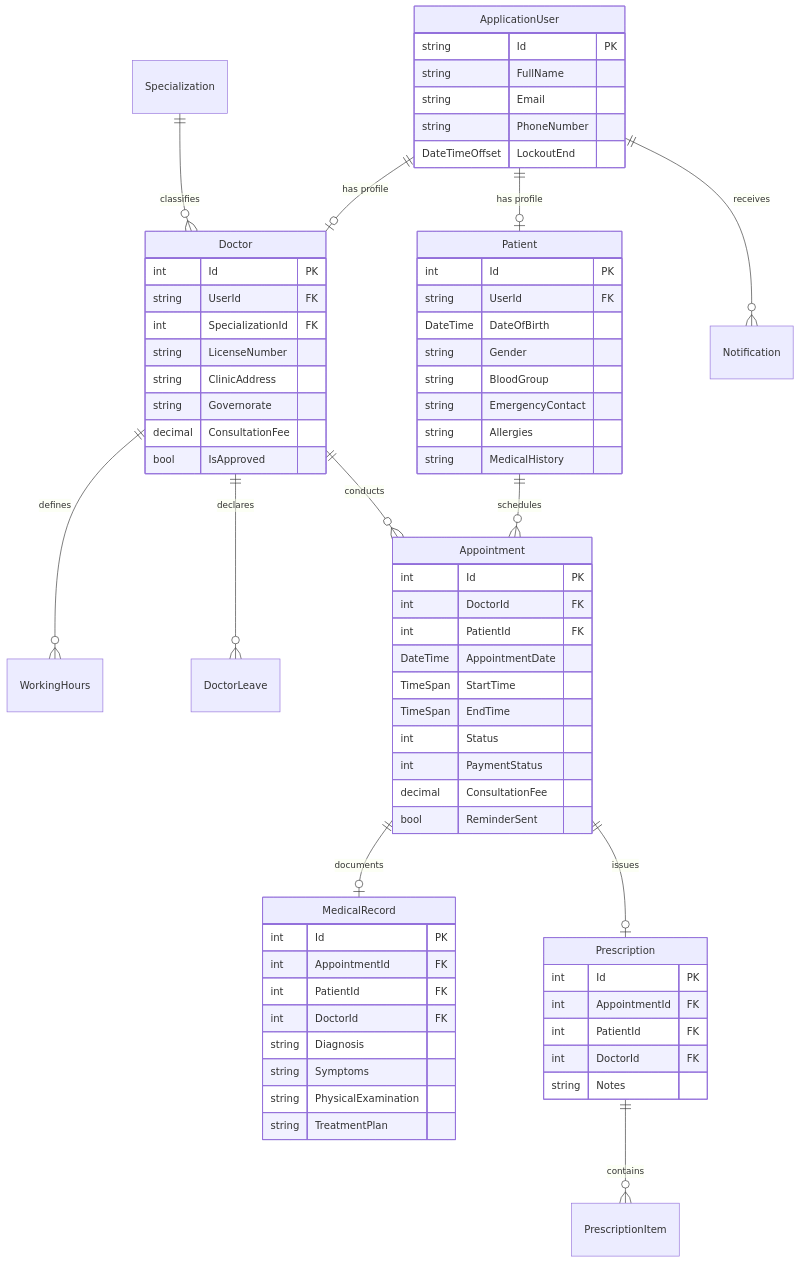
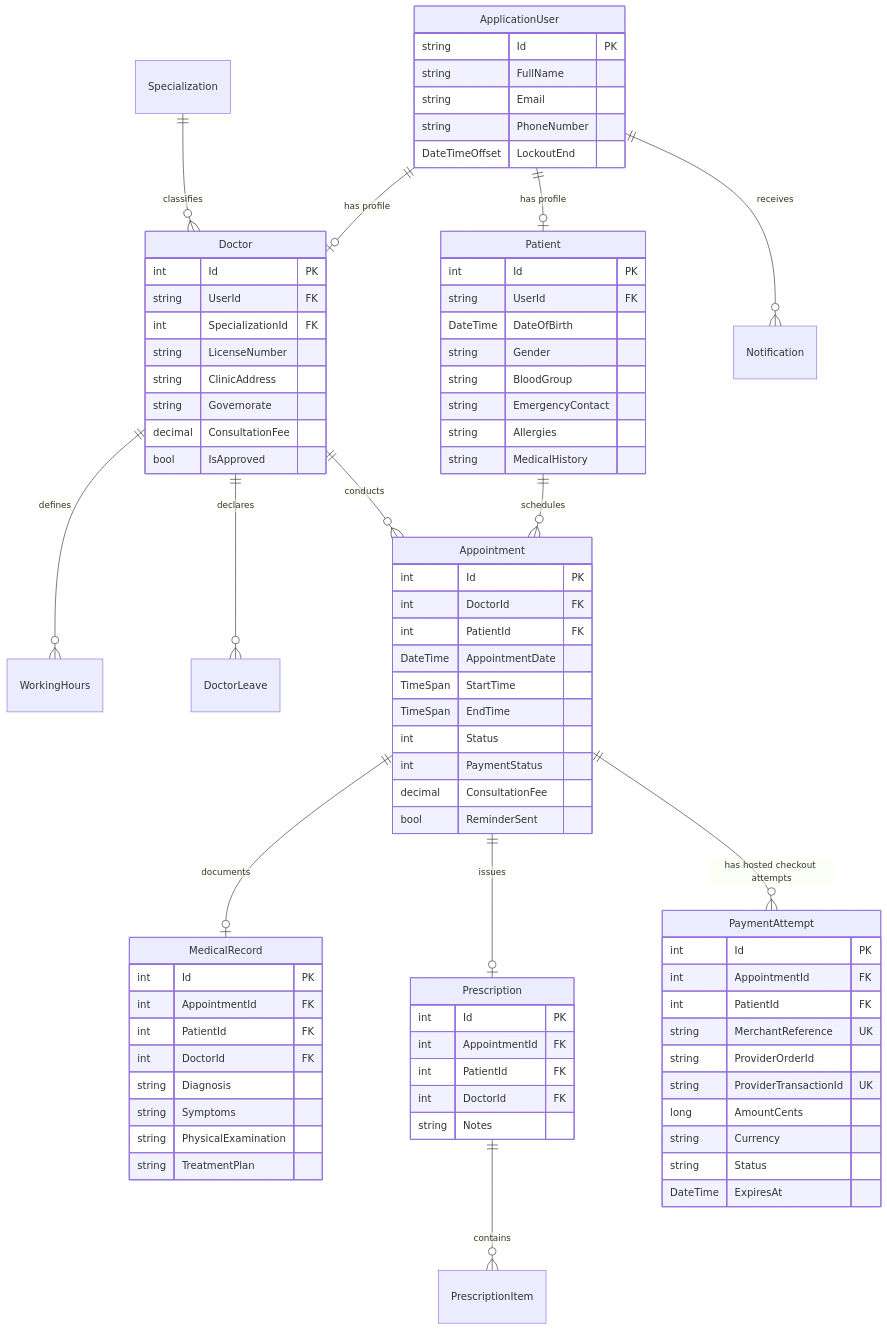
One commit to foxelhadad812-design/MediCare changed the diagram in docs/06-final/technical-documentation.md. Above: the diagram before and after it, drawn with Mermaid. The commit also changed other lines of this file and 7 other files, not shown here.

```diff
--- a/docs/06-final/technical-documentation.md
+++ b/docs/06-final/technical-documentation.md
@@ -49,6 +49,7 @@
     Patient ||--o{ Appointment : "schedules"
     Appointment ||--o| MedicalRecord : "documents"
     Appointment ||--o| Prescription : "issues"
+    Appointment ||--o{ PaymentAttempt : "has hosted checkout attempts"
     Prescription ||--o{ PrescriptionItem : "contains"
 
     ApplicationUser {
@@ -94,6 +95,19 @@
         bool ReminderSent
     }
 
+    PaymentAttempt {
+        int Id PK
+        int AppointmentId FK
+        int PatientId FK
+        string MerchantReference UK
+        string ProviderOrderId
+        string ProviderTransactionId UK
+        long AmountCents
+        string Currency
+        string Status
+        DateTime ExpiresAt
+    }
+
     MedicalRecord {
         int Id PK
         int AppointmentId FK
```
